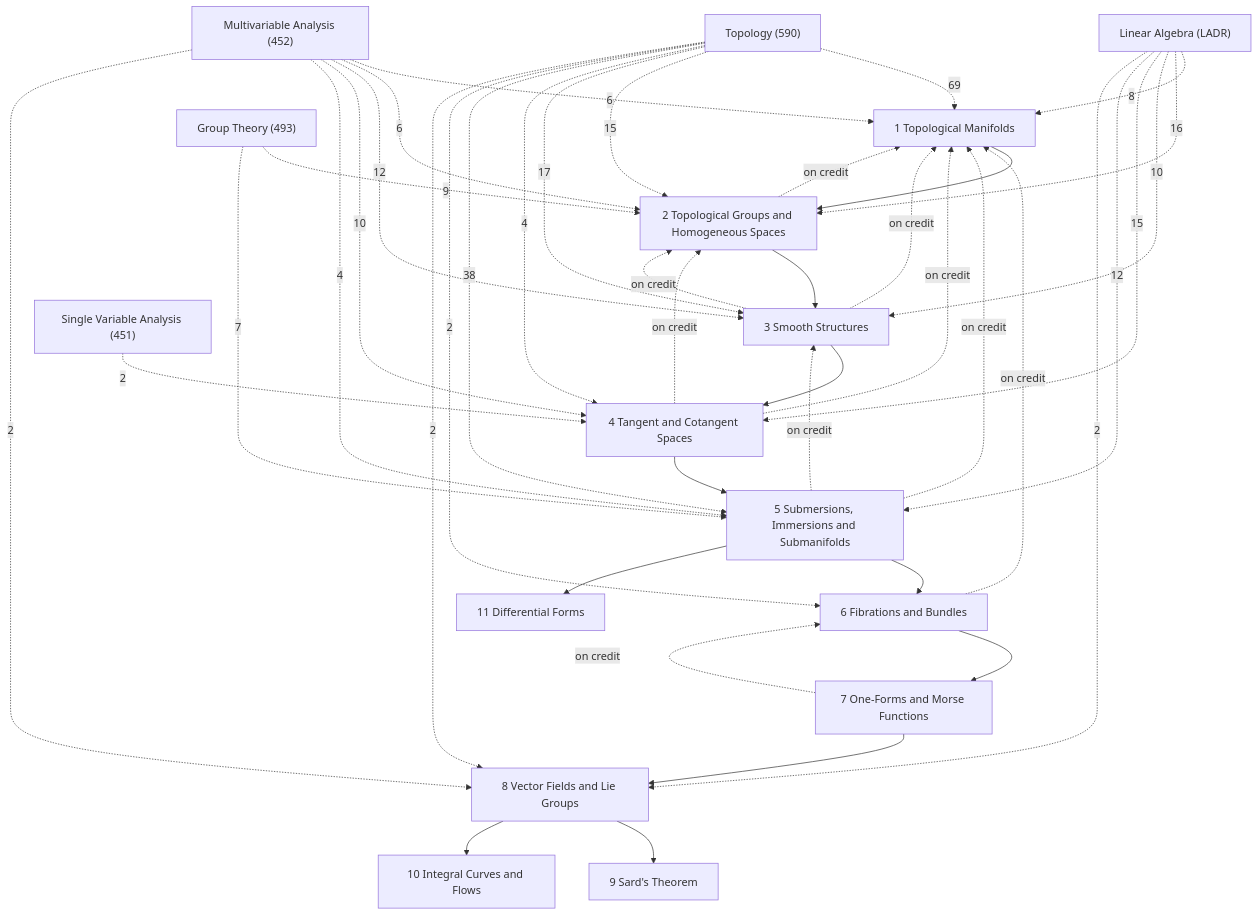
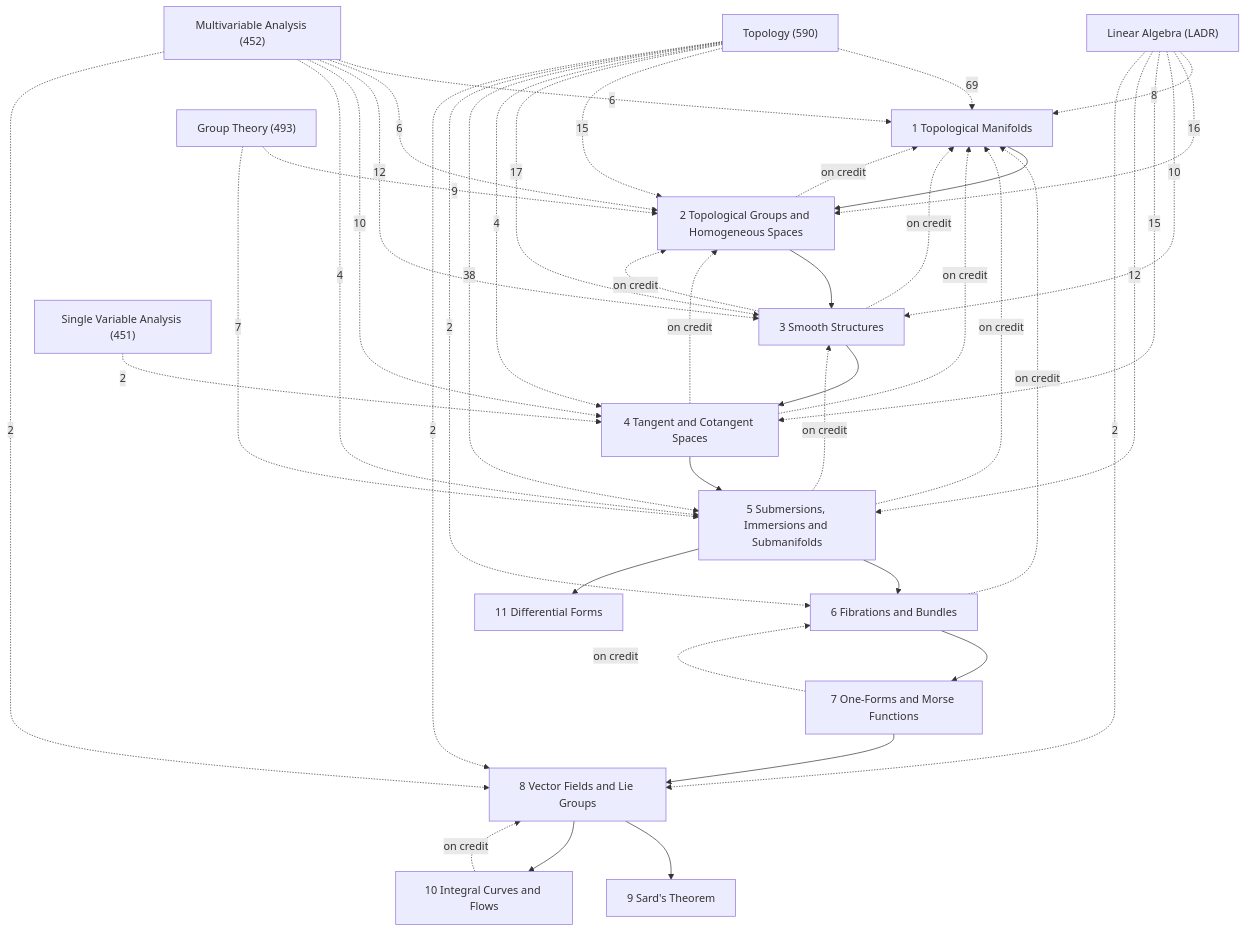
Before and after one commit to Onion20040508/notes: the diagram in Math/Differentiable Manifolds/Differentiable Manifolds.md, drawn with Mermaid. The commit also changed other lines of this file and 76 other files, not shown here.

````diff
--- a/Math/Differentiable Manifolds/Differentiable Manifolds.md
+++ b/Math/Differentiable Manifolds/Differentiable Manifolds.md
@@ -27,60 +27,61 @@
 ```mermaid
 graph TD
   C1["1 Topological Manifolds"]
   C2["2 Topological Groups and Homogeneous Spaces"]
   C3["3 Smooth Structures"]
   C4["4 Tangent and Cotangent Spaces"]
   C5["5 Submersions, Immersions and Submanifolds"]
   C6["6 Fibrations and Bundles"]
   C7["7 One-Forms and Morse Functions"]
   C8["8 Vector Fields and Lie Groups"]
   C9["9 Sard's Theorem"]
   C10["10 Integral Curves and Flows"]
   C11["11 Differential Forms"]
   X1["Topology (590)"]
   X2["Multivariable Analysis (452)"]
   X3["Linear Algebra (LADR)"]
   X4["Group Theory (493)"]
   X5["Single Variable Analysis (451)"]
   C1 --> C2
   C2 --> C3
   C3 --> C4
   C4 --> C5
   C5 --> C6
   C5 --> C11
   C6 --> C7
   C7 --> C8
   C8 --> C9
   C8 --> C10
   C2 -.->|on credit| C1
   C3 -.->|on credit| C1
   C3 -.->|on credit| C2
   C4 -.->|on credit| C1
   C4 -.->|on credit| C2
   C5 -.->|on credit| C1
   C5 -.->|on credit| C3
   C6 -.->|on credit| C1
   C7 -.->|on credit| C6
+  C10 -.->|on credit| C8
   X4 -.->|9| C2
   X4 -.->|7| C5
   X3 -.->|8| C1
   X3 -.->|16| C2
   X3 -.->|10| C3
   X3 -.->|15| C4
   X3 -.->|12| C5
   X3 -.->|2| C8
   X2 -.->|6| C1
   X2 -.->|6| C2
   X2 -.->|12| C3
   X2 -.->|10| C4
   X2 -.->|4| C5
   X2 -.->|2| C8
   X5 -.->|2| C4
   X1 -.->|69| C1
   X1 -.->|15| C2
   X1 -.->|17| C3
   X1 -.->|4| C4
   X1 -.->|38| C5
   X1 -.->|2| C6
   X1 -.->|2| C8
 ```
````
